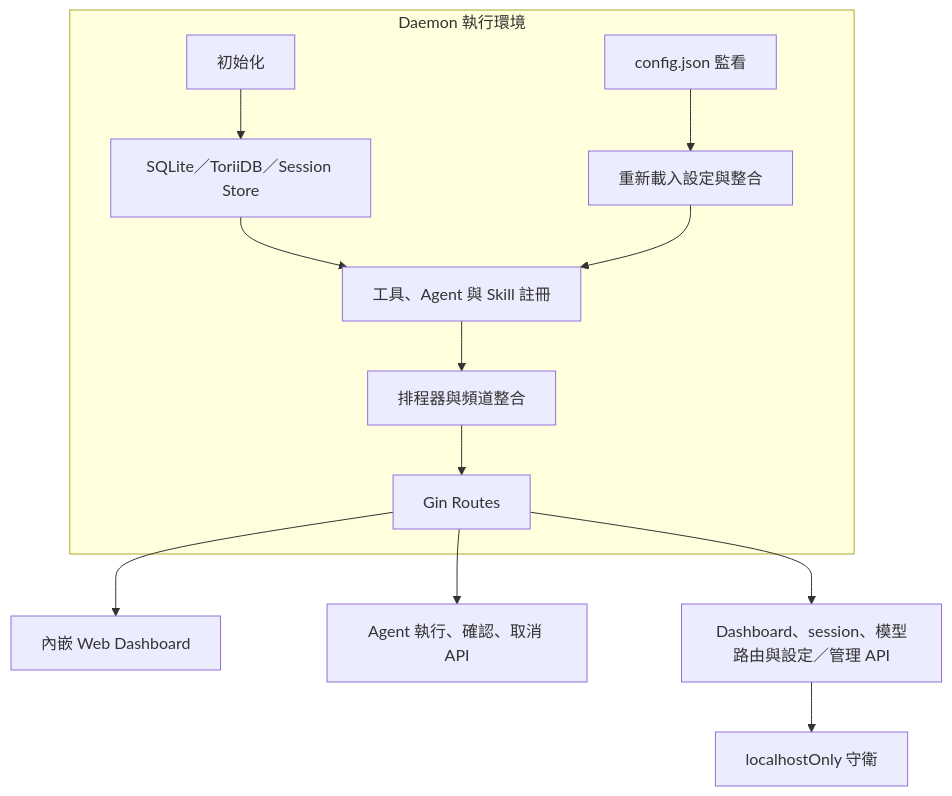
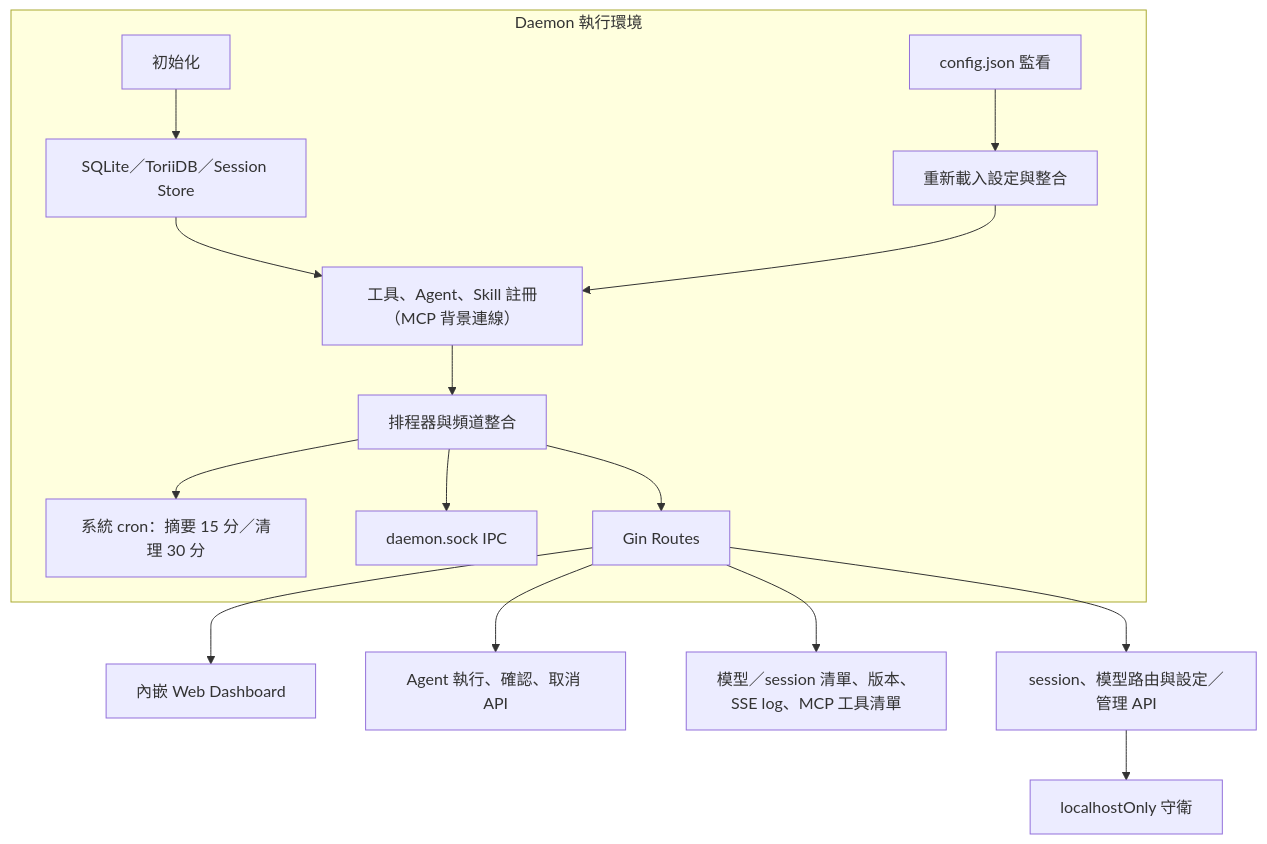
Before and after one commit to agenvoy/Agenvoy: the third of 10 diagrams in doc/architecture.zh.md, drawn with Mermaid. The commit also changed other lines of this file and 5 other files, not shown here.

Commit message:
doc: Align README and architecture/usage docs with the refactored executor and current behavior

````diff
--- a/doc/architecture.zh.md
+++ b/doc/architecture.zh.md
@@ -54,15 +56,18 @@
 ```mermaid
 graph TB
     subgraph Daemon[Daemon 執行環境]
         Init[初始化] --> Store[SQLite／ToriiDB／Session Store]
-        Store --> Register[工具、Agent 與 Skill 註冊]
+        Store --> Register[工具、Agent、Skill 註冊（MCP 背景連線）]
         Register --> Services[排程器與頻道整合]
+        Services --> SysCron[系統 cron：摘要 15 分／清理 30 分]
+        Services --> IPC[daemon.sock IPC]
         Services --> Routes[Gin Routes]
         Config[config.json 監看] --> Reload[重新載入設定與整合]
         Reload --> Register
     end
     Routes --> Dashboard[內嵌 Web Dashboard]
     Routes --> ExecAPI[Agent 執行、確認、取消 API]
-    Routes --> ConfigAPI[Dashboard、session、模型路由與設定／管理 API]
+    Routes --> OpenAPI[模型／session 清單、版本、SSE log、MCP 工具清單]
+    Routes --> ConfigAPI[session、模型路由與設定／管理 API]
     ConfigAPI --> LocalGuard[localhostOnly 守衛]
 ```
````
